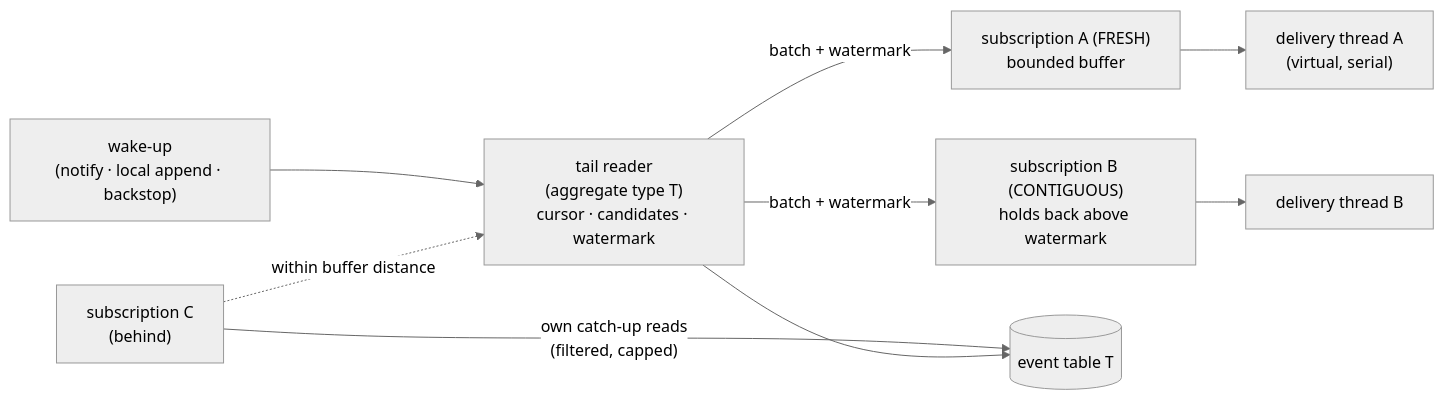
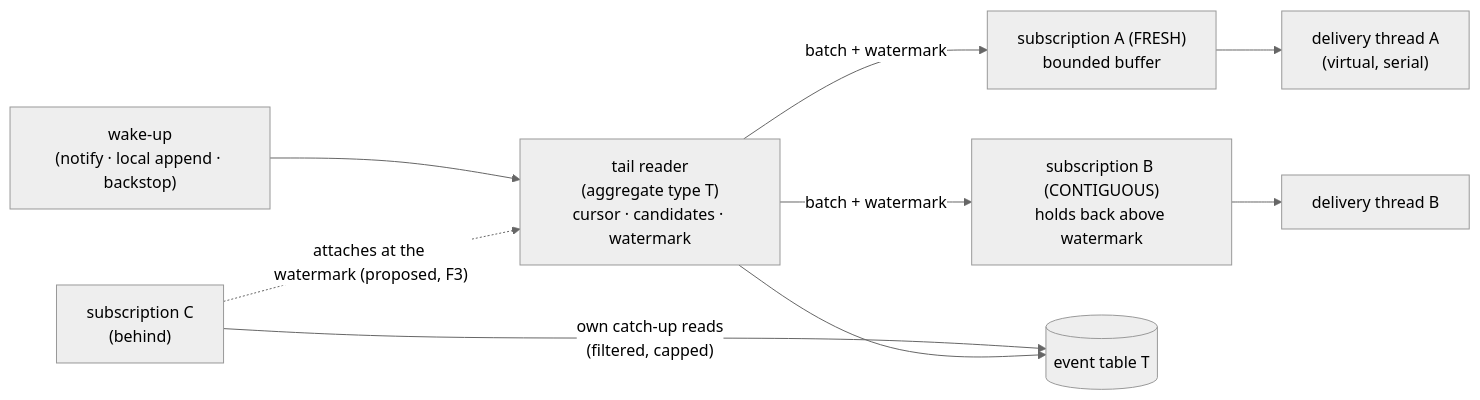
The diagram in docs/plans/event-store-subscription-redesign.md (trustworksdk/essentials-project), drawn with Mermaid (neutral theme) before and after one commit. The commit also changed other lines of this file and 1 other file, not shown here.

````diff
--- a/docs/plans/event-store-subscription-redesign.md
+++ b/docs/plans/event-store-subscription-redesign.md
@@ -557,11 +589,11 @@
 ```mermaid
 flowchart LR
     W["wake-up<br/>(notify · local append · backstop)"] --> R
     R["tail reader<br/>(aggregate type T)<br/>cursor · candidates · watermark"] -->|"batch + watermark"| B1["subscription A (FRESH)<br/>bounded buffer"]
     R -->|"batch + watermark"| B2["subscription B (CONTIGUOUS)<br/>holds back above watermark"]
     C["subscription C<br/>(behind)"] -->|"own catch-up reads<br/>(filtered, capped)"| DB[(event table T)]
     R --> DB
-    C -. within buffer distance .-> R
+    C -. attaches at the watermark (proposed, F3) .-> R
     B1 --> H1["delivery thread A<br/>(virtual, serial)"]
     B2 --> H2["delivery thread B"]
 ```
````
